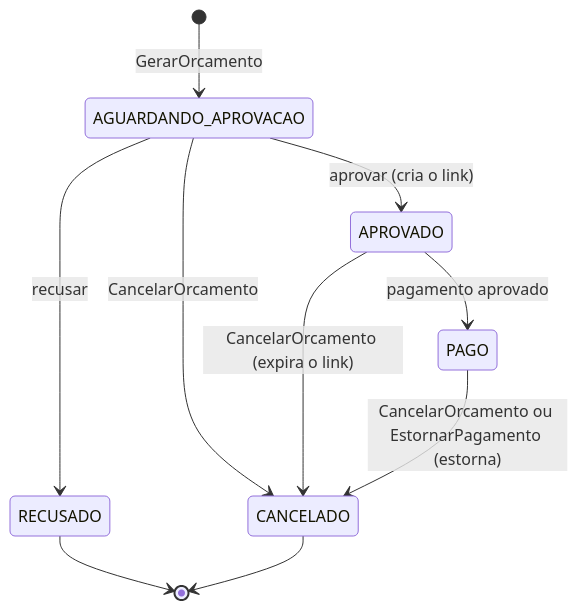
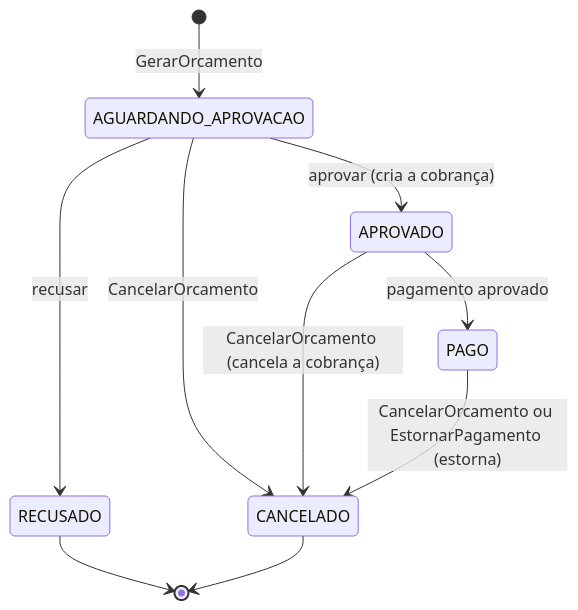
One commit to fiap-soat-oficina-tech-challenge/oficina-billing-service changed the second of 4 diagrams in README.md. Above: the diagram before and after it, drawn with Mermaid. The commit also changed other lines of this file and 44 other files, not shown here.

````diff
--- a/README.md
+++ b/README.md
@@ -77,12 +77,12 @@
 ```mermaid
 stateDiagram-v2
     [*] --> AGUARDANDO_APROVACAO: GerarOrcamento
-    AGUARDANDO_APROVACAO --> APROVADO: aprovar (cria o link)
+    AGUARDANDO_APROVACAO --> APROVADO: aprovar (cria a cobrança)
     AGUARDANDO_APROVACAO --> RECUSADO: recusar
     APROVADO --> PAGO: pagamento aprovado
     AGUARDANDO_APROVACAO --> CANCELADO: CancelarOrcamento
-    APROVADO --> CANCELADO: CancelarOrcamento (expira o link)
+    APROVADO --> CANCELADO: CancelarOrcamento (cancela a cobrança)
     PAGO --> CANCELADO: CancelarOrcamento ou EstornarPagamento (estorna)
     RECUSADO --> [*]
     CANCELADO --> [*]
 ```
````
